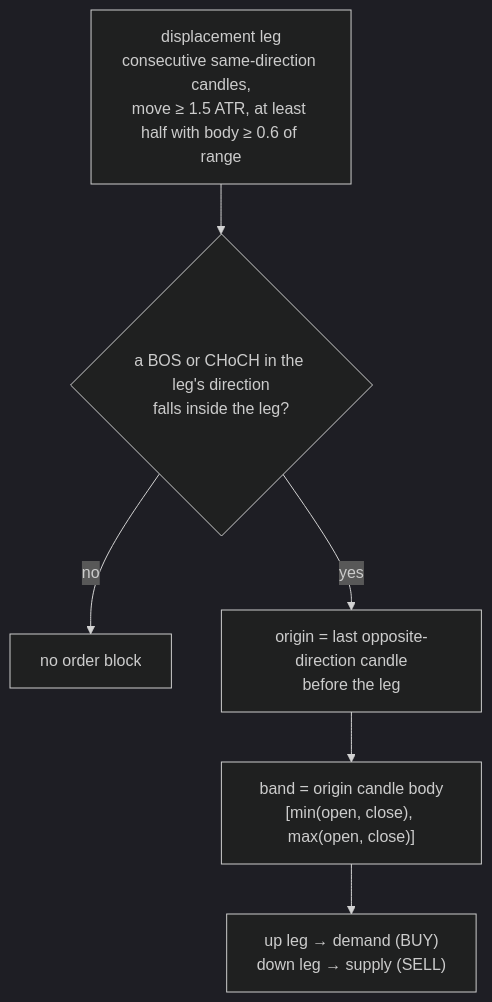
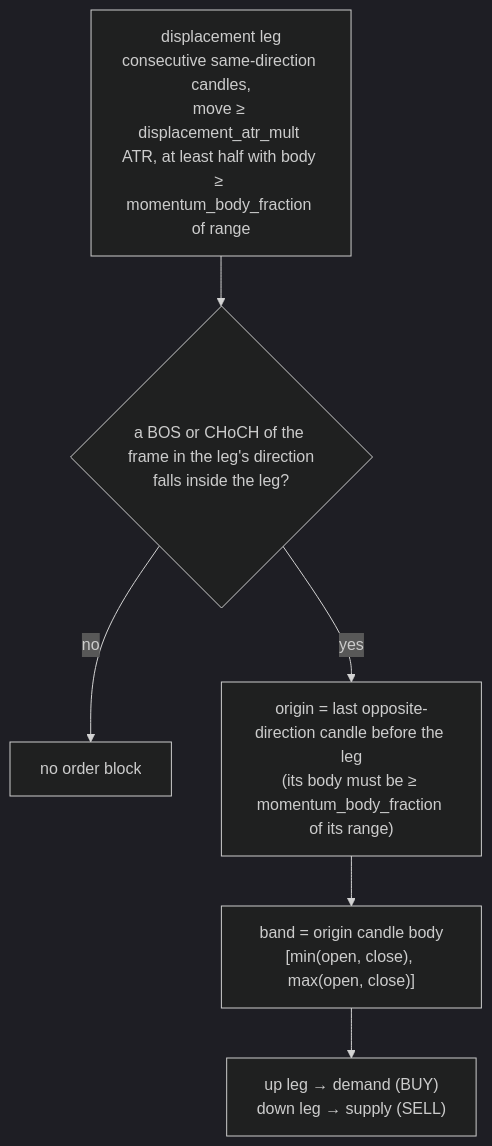
One commit to st-mich43l/apexvoid-trading-bot changed the diagram in docs/strategies/order_block.md. Above: the diagram before and after it, drawn with Mermaid (dark theme). The commit also changed other lines of this file and 18 other files, not shown here.

````diff
--- a/docs/strategies/order_block.md
+++ b/docs/strategies/order_block.md
@@ -27,8 +13,8 @@
 ```mermaid
 flowchart TD
-  LEG["displacement leg<br/>consecutive same-direction candles,<br/>move ≥ 1.5 ATR, at least half with body ≥ 0.6 of range"] --> BOS{"a BOS or CHoCH in the leg's direction<br/>falls inside the leg?"}
+  LEG["displacement leg<br/>consecutive same-direction candles,<br/>move ≥ displacement_atr_mult ATR, at least half with body ≥ momentum_body_fraction of range"] --> BOS{"a BOS or CHoCH of the frame in the leg's direction<br/>falls inside the leg?"}
   BOS -- no --> NO[no order block]
-  BOS -- yes --> ORG["origin = last opposite-direction candle<br/>before the leg"]
+  BOS -- yes --> ORG["origin = last opposite-direction candle before the leg<br/>(its body must be ≥ momentum_body_fraction of its range)"]
   ORG --> BAND["band = origin candle body<br/>[min(open, close), max(open, close)]"]
   BAND --> SIDE["up leg → demand (BUY)<br/>down leg → supply (SELL)"]
 ```
````
